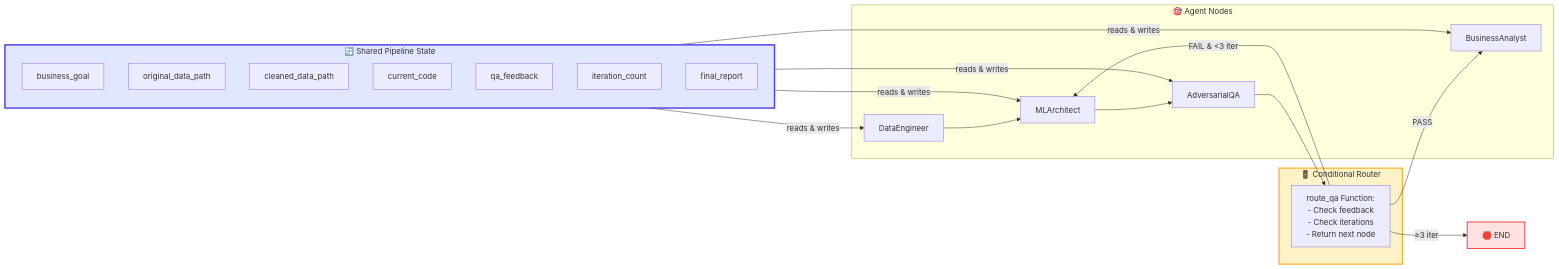
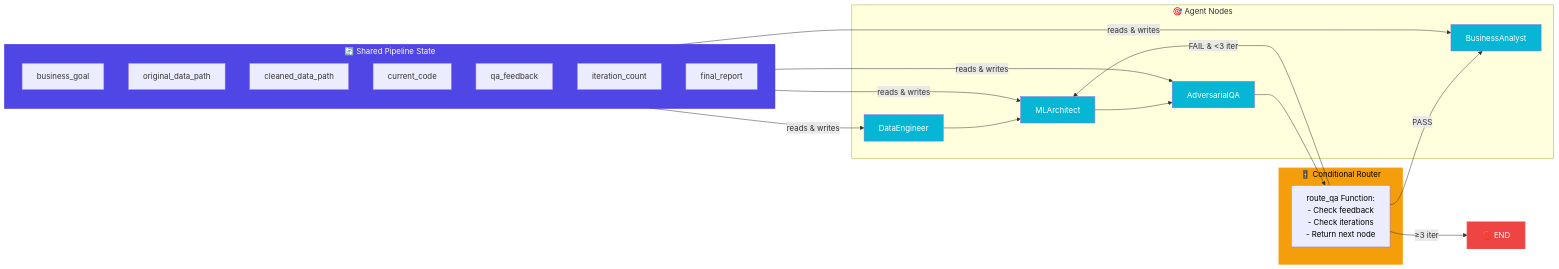
The second of 5 diagrams in README.md (farazmirzax/pipeline-ai), drawn with Mermaid before and after one commit. The commit also changed other lines of this file and 6 other files, not shown here.

````diff
--- a/README.md
+++ b/README.md
@@ -58,40 +58,45 @@
 ```mermaid
 graph LR
     subgraph State["🔄 Shared Pipeline State"]
         goal["business_goal"]
         path["original_data_path"]
         cleaned["cleaned_data_path"]
         code["current_code"]
         feedback["qa_feedback"]
         iter["iteration_count"]
         report["final_report"]
     end
     
     subgraph Nodes["🎯 Agent Nodes"]
         N1["DataEngineer"]
         N2["MLArchitect"]
         N3["AdversarialQA"]
         N4["BusinessAnalyst"]
     end
     
     subgraph Router["🚦 Conditional Router"]
         R["route_qa Function:<br/>- Check feedback<br/>- Check iterations<br/>- Return next node"]
     end
     
     State -->|reads & writes| N1
     State -->|reads & writes| N2
     State -->|reads & writes| N3
     State -->|reads & writes| N4
     
     N1 --> N2
     N2 --> N3
     N3 --> R
     
     R -->|FAIL & <3 iter| N2
     R -->|PASS| N4
     R -->|≥3 iter| END["🛑 END"]
     
-    style State fill:#e0e7ff,stroke:#4f46e5,stroke-width:3px
-    style Router fill:#fef3c7,stroke:#f59e0b,stroke-width:2px
-    style END fill:#fee2e2,stroke:#ef4444,stroke-width:2px
+    style State fill:#4f46e5,stroke:#4f46e5,stroke-width:3px,color:#fff
+    style Router fill:#f59e0b,stroke:#f59e0b,stroke-width:2px,color:#000
+    style END fill:#ef4444,stroke:#ef4444,stroke-width:2px,color:#fff
+    style N1 fill:#06b6d4,color:#fff
+    style N2 fill:#06b6d4,color:#fff
+    style N3 fill:#06b6d4,color:#fff
+    style N4 fill:#06b6d4,color:#fff
+    style R color:#000
 ```
````
